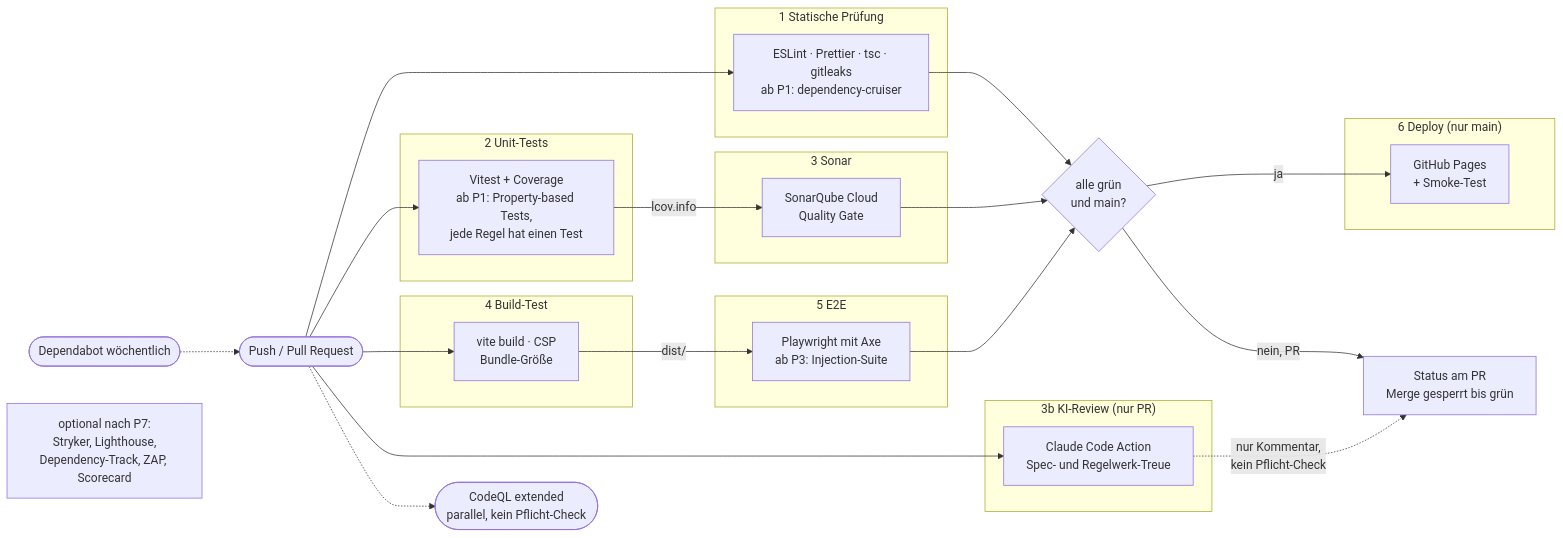
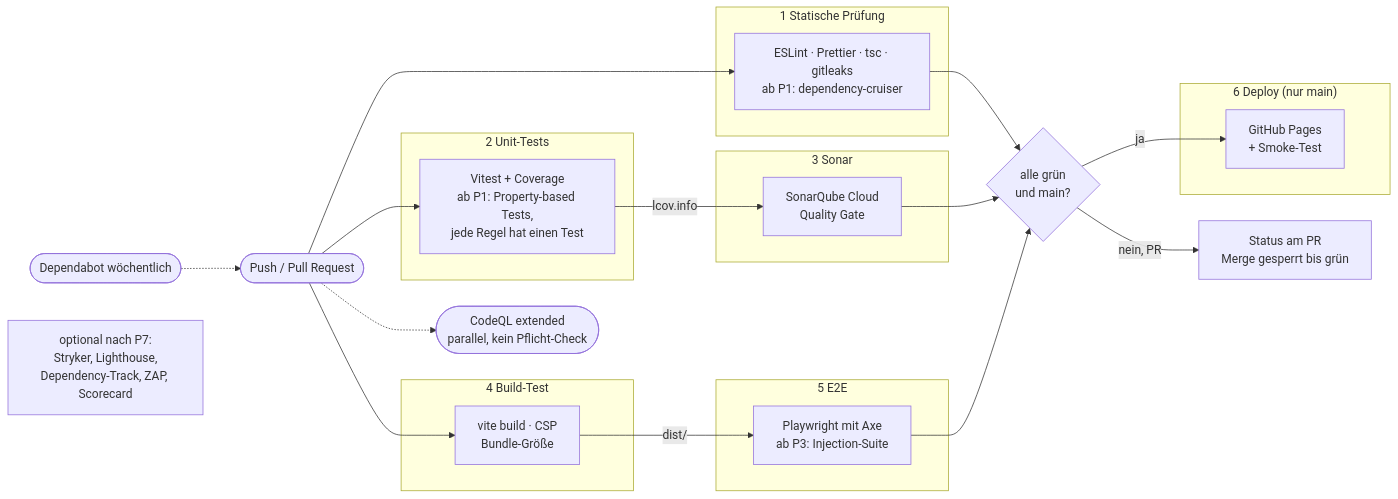
The seventh of 10 diagrams in docu/001-ti-visualizer-baukasten/architektur.md (jurie2000/ti-visualizer), drawn with Mermaid before and after one commit. The commit also changed other lines of this file and 5 other files, not shown here.

````diff
--- a/docu/001-ti-visualizer-baukasten/architektur.md
+++ b/docu/001-ti-visualizer-baukasten/architektur.md
@@ -479,43 +479,38 @@
 ```mermaid
 flowchart LR
     trigger(["Push / Pull Request"])
 
     subgraph s1["1 Statische Prüfung"]
         lint["ESLint · Prettier · tsc · gitleaks<br/>ab P1: dependency-cruiser"]
     end
     subgraph s2["2 Unit-Tests"]
         unit["Vitest + Coverage<br/>ab P1: Property-based Tests,<br/>jede Regel hat einen Test"]
     end
     subgraph s3["3 Sonar"]
         sonar["SonarQube Cloud<br/>Quality Gate"]
-    end
-    subgraph s3b["3b KI-Review (nur PR)"]
-        ai["Claude Code Action<br/>Spec- und Regelwerk-Treue"]
     end
     subgraph s4["4 Build-Test"]
         build["vite build · CSP<br/>Bundle-Größe"]
     end
     subgraph s5["5 E2E"]
         e2e["Playwright mit Axe<br/>ab P3: Injection-Suite"]
     end
     subgraph s6["6 Deploy (nur main)"]
         deploy["GitHub Pages<br/>+ Smoke-Test"]
     end
 
     trigger --> lint
     trigger --> unit
     trigger --> build
-    trigger --> ai
     lint --> gate
     unit -- "lcov.info" --> sonar
-    ai -. "nur Kommentar,<br/>kein Pflicht-Check" .-> pr
     build -- "dist/" --> e2e
     sonar --> gate{"alle grün<br/>und main?"}
     e2e --> gate
     gate -- "ja" --> deploy
     gate -- "nein, PR" --> pr["Status am PR<br/>Merge gesperrt bis grün"]
 
     dependabot(["Dependabot wöchentlich"]) -.-> trigger
     trigger -.-> codeql(["CodeQL extended<br/>parallel, kein Pflicht-Check"])
     optional["optional nach P7:<br/>Stryker, Lighthouse,<br/>Dependency-Track, ZAP, Scorecard"]
 ```
````
